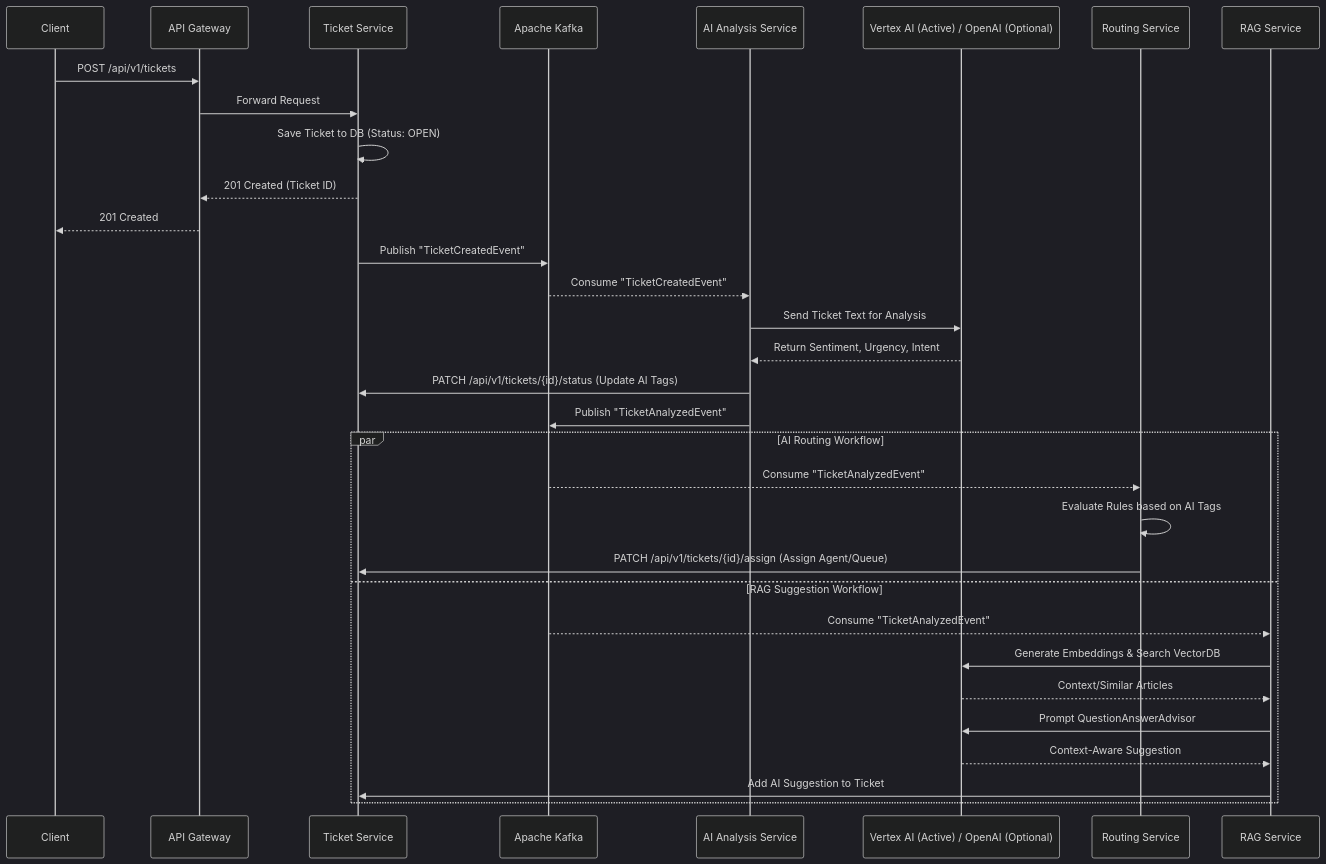
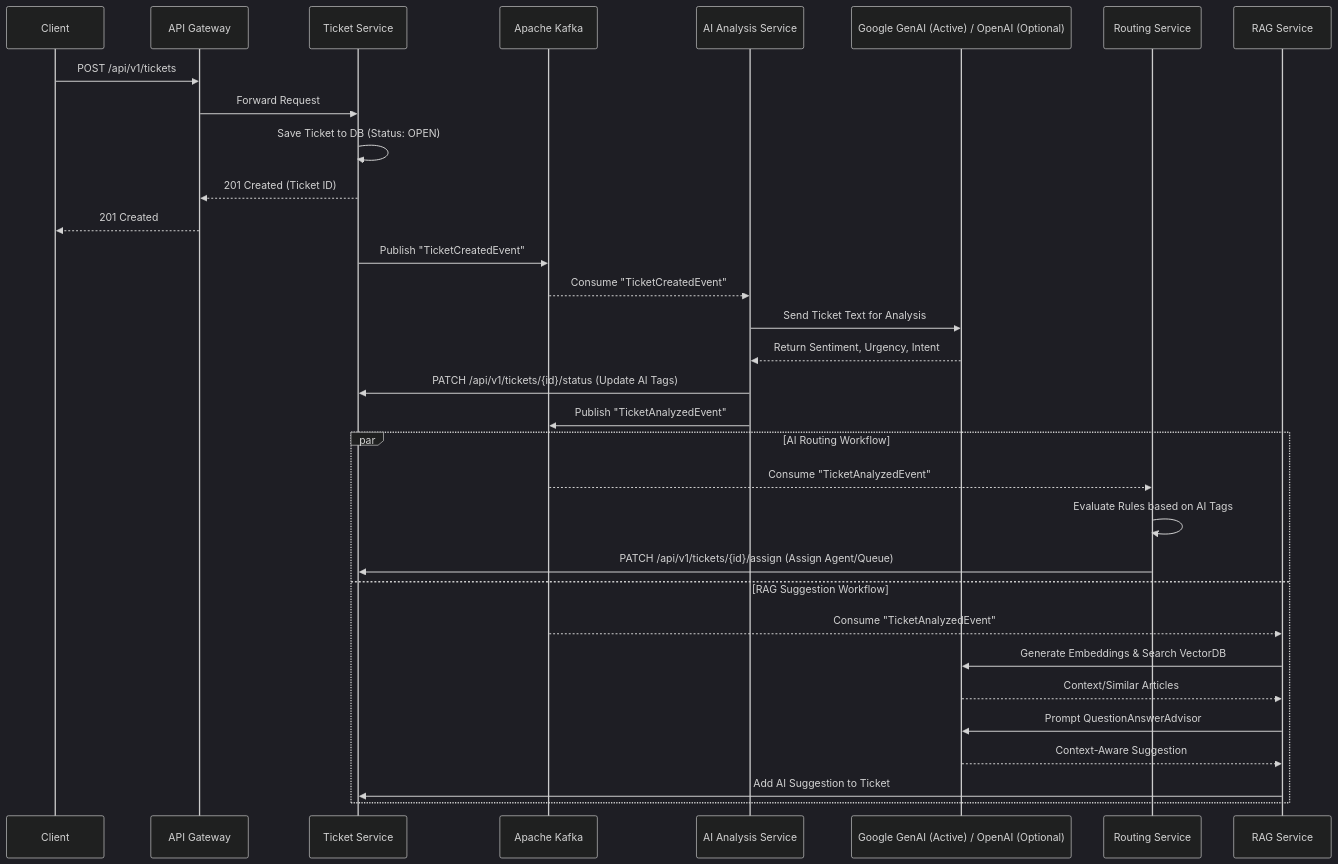
The second of 2 diagrams in OVERVIEW.md (avisheksingha/ai-support-system), drawn with Mermaid (dark theme) before and after one commit. The commit also changed other lines of this file and 21 other files, not shown here.

Commit message:
feat: initialize rag-service and configure ai-analysis-service with Google GenAI integration

````diff
--- a/OVERVIEW.md
+++ b/OVERVIEW.md
@@ -64,38 +64,38 @@
 ```mermaid
 sequenceDiagram
     participant Client
     participant Gateway as API Gateway
     participant TicketSvc as Ticket Service
     participant Kafka as Apache Kafka
     participant AISvc as AI Analysis Service
-    participant ExternalAI as Vertex AI (Active) / OpenAI (Optional)
+    participant ExternalAI as Google GenAI (Active) / OpenAI (Optional)
     participant RoutingSvc as Routing Service
     participant RAGSvc as RAG Service
 
     Client->>Gateway: POST /api/v1/tickets
     Gateway->>TicketSvc: Forward Request
     TicketSvc->>TicketSvc: Save Ticket to DB (Status: OPEN)
     TicketSvc-->>Gateway: 201 Created (Ticket ID)
     Gateway-->>Client: 201 Created
     
     TicketSvc->>Kafka: Publish "TicketCreatedEvent"
     Kafka-->>AISvc: Consume "TicketCreatedEvent"
     
     AISvc->>ExternalAI: Send Ticket Text for Analysis
     ExternalAI-->>AISvc: Return Sentiment, Urgency, Intent
     AISvc->>TicketSvc: PATCH /api/v1/tickets/{id}/status (Update AI Tags)
     AISvc->>Kafka: Publish "TicketAnalyzedEvent"
     
     par AI Routing Workflow
         Kafka-->>RoutingSvc: Consume "TicketAnalyzedEvent"
         RoutingSvc->>RoutingSvc: Evaluate Rules based on AI Tags
         RoutingSvc->>TicketSvc: PATCH /api/v1/tickets/{id}/assign (Assign Agent/Queue)
     and RAG Suggestion Workflow
         Kafka-->>RAGSvc: Consume "TicketAnalyzedEvent"
         RAGSvc->>ExternalAI: Generate Embeddings & Search VectorDB
         ExternalAI-->>RAGSvc: Context/Similar Articles
         RAGSvc->>ExternalAI: Prompt QuestionAnswerAdvisor
         ExternalAI-->>RAGSvc: Context-Aware Suggestion
         RAGSvc->>TicketSvc: Add AI Suggestion to Ticket
     end
 ```
````
